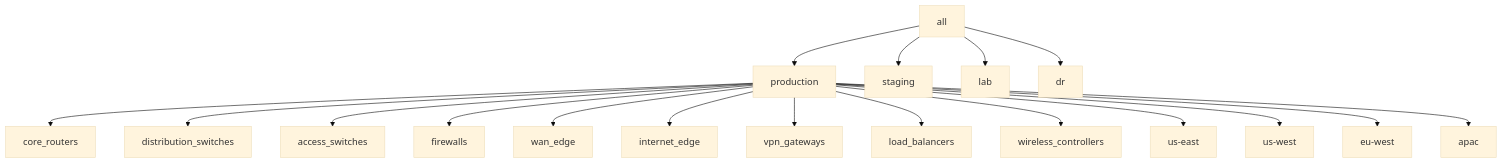
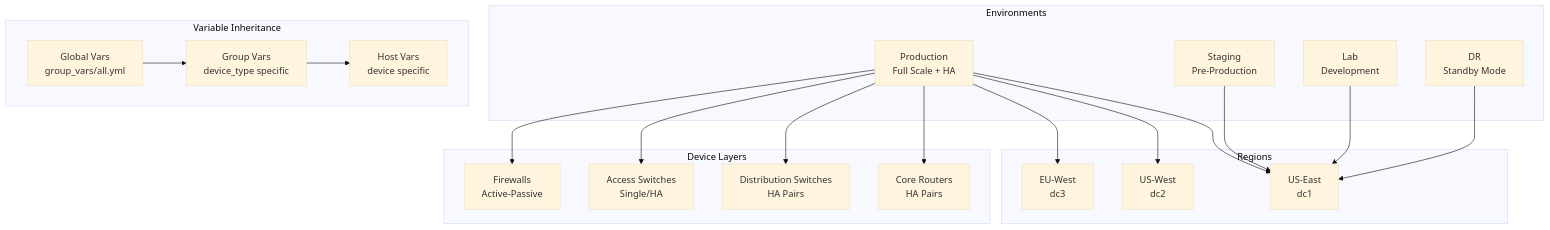
The second of 4 diagrams in .qoder/repowiki/en/content/Architecture & Design/Automation Engine Architecture/Ansible Orchestration Layer/Inventory Management System.md (shakthi-vinayak/network-automation), drawn with Mermaid (base theme) before and after one commit. The commit also changed other lines of this file and 144 other files, not shown here.

````diff
--- a/.qoder/repowiki/en/content/Architecture & Design/Automation Engine Architecture/Ansible Orchestration Layer/Inventory Management System.md
+++ b/.qoder/repowiki/en/content/Architecture & Design/Automation Engine Architecture/Ansible Orchestration Layer/Inventory Management System.md
@@ -115,20 +110,37 @@
 ```mermaid
 graph TB
-All["all"] --> Prod["production"]
-All --> Staging["staging"]
-All --> Lab["lab"]
-All --> DR["dr"]
-Prod --> CoreRouters["core_routers"]
-Prod --> DistSwitches["distribution_switches"]
-Prod --> AccessSwitches["access_switches"]
-Prod --> Firewalls["firewalls"]
-Prod --> WAN["wan_edge"]
-Prod --> InternetEdge["internet_edge"]
-Prod --> VPN["vpn_gateways"]
-Prod --> LBs["load_balancers"]
-Prod --> Wireless["wireless_controllers"]
-Prod --> USEast["us-east"]
-Prod --> USWest["us-west"]
-Prod --> EUWest["eu-west"]
-Prod --> APAC["apac"]
+subgraph "Environments"
+Prod["Production<br/>Full Scale + HA"]
+Stg["Staging<br/>Pre-Production"]
+Lab["Lab<br/>Development"]
+Dr["DR<br/>Standby Mode"]
+end
+subgraph "Regions"
+USEast["US-East<br/>dc1"]
+USWest["US-West<br/>dc2"]
+EUWest["EU-West<br/>dc3"]
+end
+subgraph "Device Layers"
+Core["Core Routers<br/>HA Pairs"]
+Dist["Distribution Switches<br/>HA Pairs"]
+Access["Access Switches<br/>Single/HA"]
+FW["Firewalls<br/>Active-Passive"]
+end
+subgraph "Variable Inheritance"
+Global["Global Vars<br/>group_vars/all.yml"]
+Group["Group Vars<br/>device_type specific"]
+Host["Host Vars<br/>device specific"]
+end
+Prod --> USEast
+Prod --> USWest
+Prod --> EUWest
+Stg --> USEast
+Lab --> USEast
+Dr --> USEast
+Prod --> Core
+Prod --> Dist
+Prod --> Access
+Prod --> FW
+Global --> Group
+Group --> Host
 ```
````
